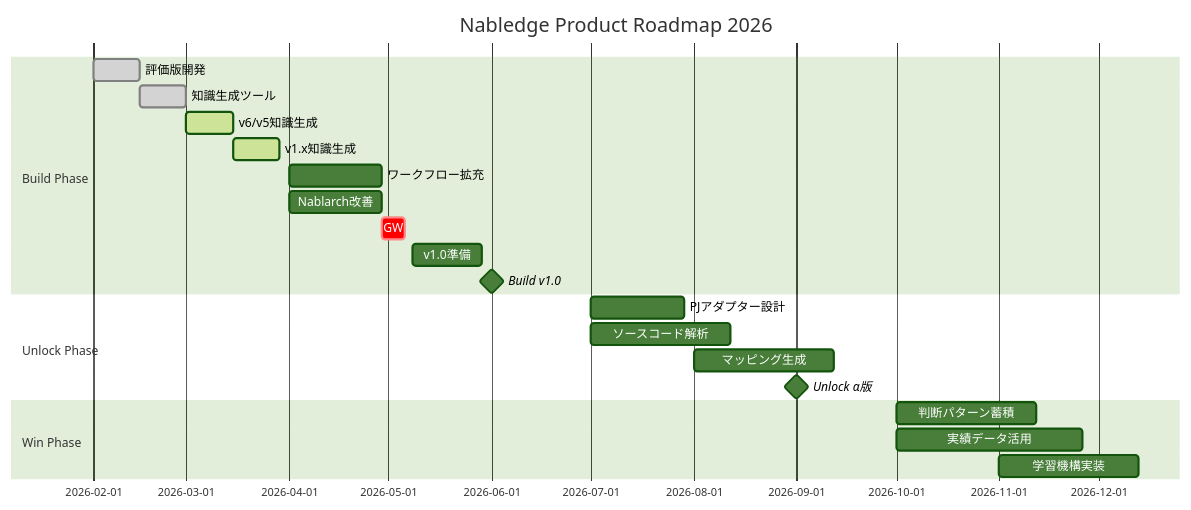
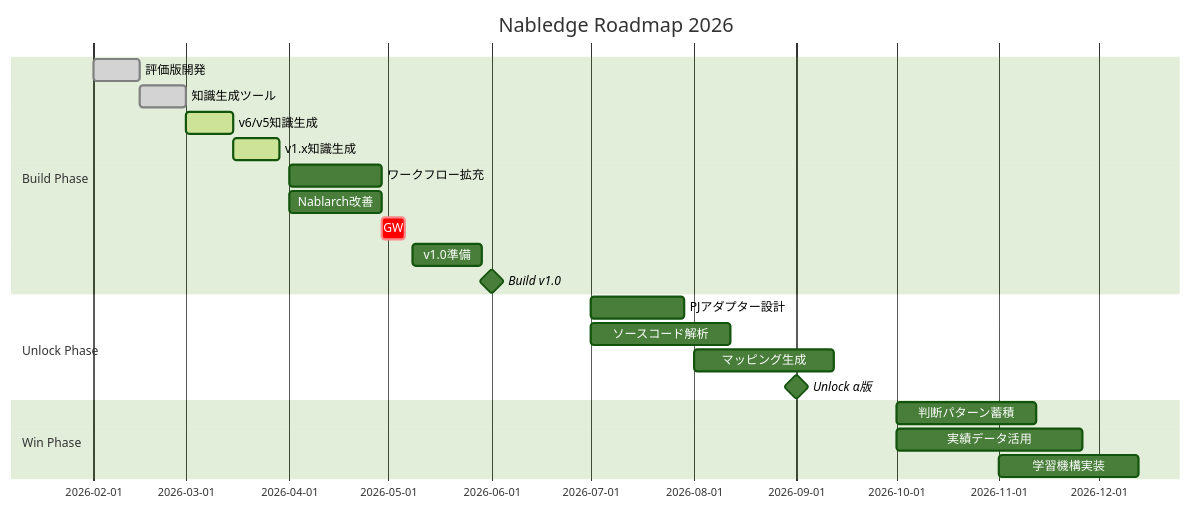
One commit to nablarch/nabledge-dev changed the diagram in doc/development-status.md. Above: the diagram before and after it, drawn with Mermaid (forest theme).

Commit message:
Simplify roadmap title
Change title from "Nabledge Product Roadmap 2026" to "Nabledge Roadmap 2026" for brevity.

````diff
--- a/doc/development-status.md
+++ b/doc/development-status.md
@@ -19,27 +19,27 @@
 ```mermaid
 gantt
-    title Nabledge Product Roadmap 2026
+    title Nabledge Roadmap 2026
     dateFormat YYYY-MM-DD
 
     section Build Phase
     評価版開発                :done, 2026-02-01, 2w
     知識生成ツール            :done, 2026-02-15, 2w
     v6/v5知識生成            :active, 2026-03-01, 2w
     v1.x知識生成             :active, 2026-03-15, 2w
     ワークフロー拡充          :2026-04-01, 4w
     Nablarch改善             :2026-04-01, 4w
     GW                      :crit, 2026-04-29, 1w
     v1.0準備                :2026-05-08, 3w
     Build v1.0              :milestone, 2026-06-01, 0d
 
     section Unlock Phase
     PJアダプター設計          :2026-07-01, 4w
     ソースコード解析          :2026-07-01, 6w
     マッピング生成           :2026-08-01, 6w
     Unlock α版              :milestone, 2026-09-01, 0d
 
     section Win Phase
     判断パターン蓄積          :2026-10-01, 6w
     実績データ活用           :2026-10-01, 8w
     学習機構実装             :2026-11-01, 6w
 ```
````
